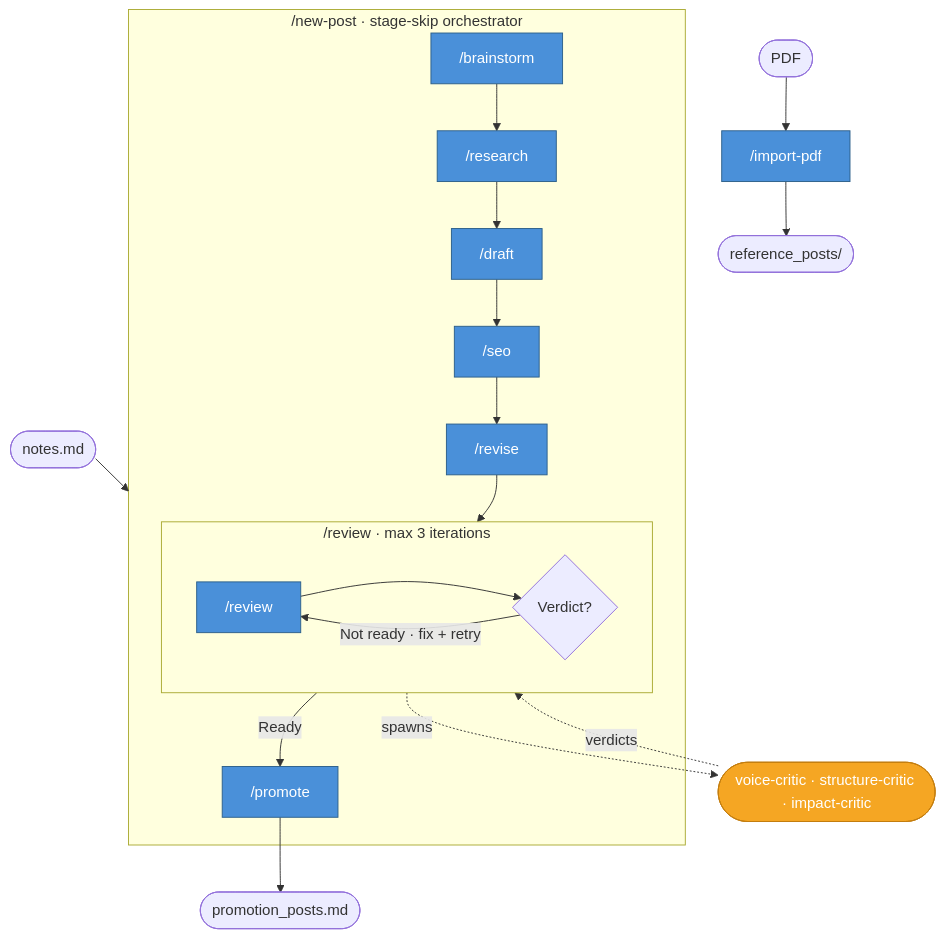
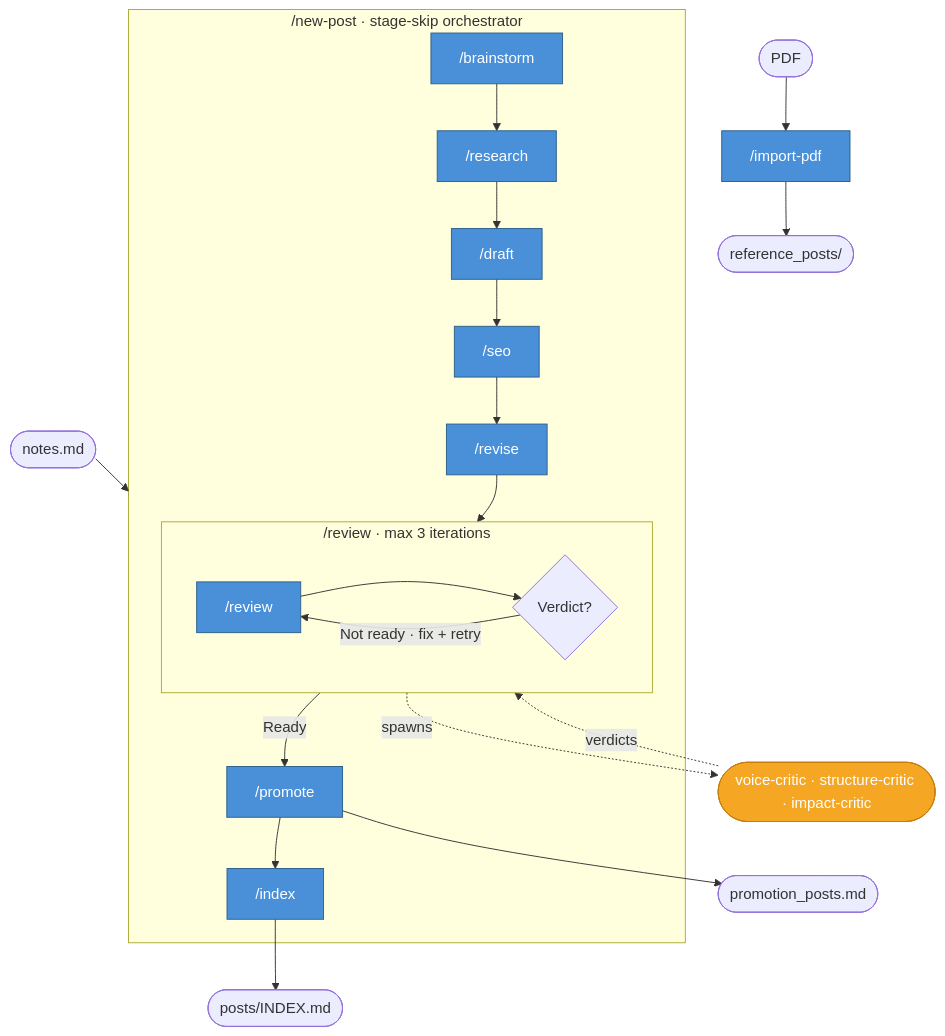
The diagram in README.md (JoseParrenoGarcia/newsletter-engine), drawn with Mermaid before and after one commit. The commit also changed other lines of this file, not shown here.

````diff
--- a/README.md
+++ b/README.md
@@ -9,33 +9,35 @@
 ```mermaid
 flowchart TD
     PDF([PDF]) --> IP["/import-pdf"]
     IP --> RP([reference_posts/])
 
     NOTES([notes.md]) --> NP
 
     subgraph NP ["/new-post  ·  stage-skip orchestrator"]
         B["/brainstorm"] --> C["/research"]
         C --> D["/draft"]
         D --> E["/seo"]
         E --> F["/revise"]
         F --> RLOOP
 
         subgraph RLOOP ["/review  ·  max 3 iterations"]
             direction LR
             G["/review"] --> VRD{Verdict?}
             VRD -- "Not ready · fix + retry" --> G
         end
 
         VRD -- Ready --> PR["/promote"]
+        PR --> IDX["/index"]
     end
 
     G -.->|spawns| CRITICS(["voice-critic · structure-critic · impact-critic"])
     CRITICS -.->|verdicts| G
 
     PR --> BUNDLE([promotion_posts.md])
+    IDX --> IDXF([posts/INDEX.md])
 
     classDef skill fill:#4A90D9,stroke:#2C5F8A,color:#fff
     classDef agent fill:#F5A623,stroke:#C47D0E,color:#fff
-    class B,C,D,E,F,G,PR,IP skill
+    class B,C,D,E,F,G,PR,IP,IDX skill
     class CRITICS agent
 ```
````
